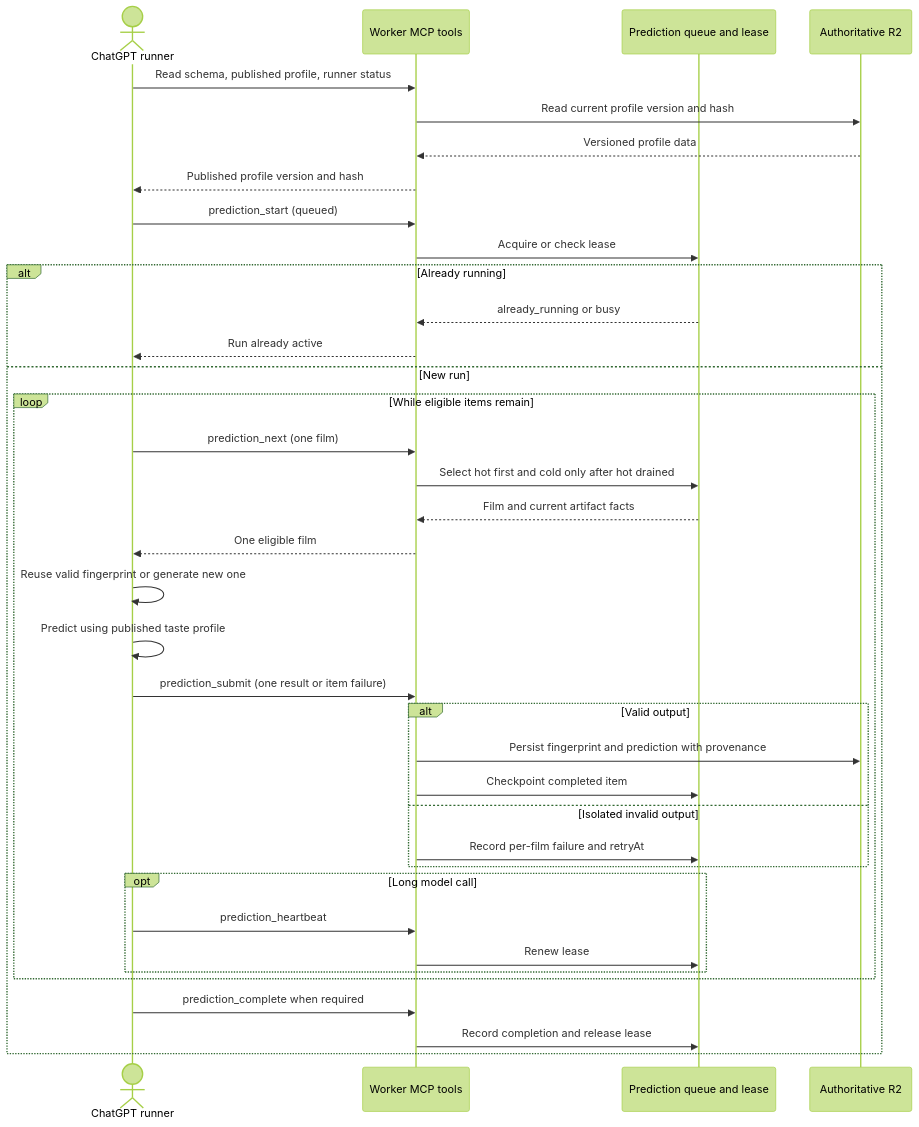
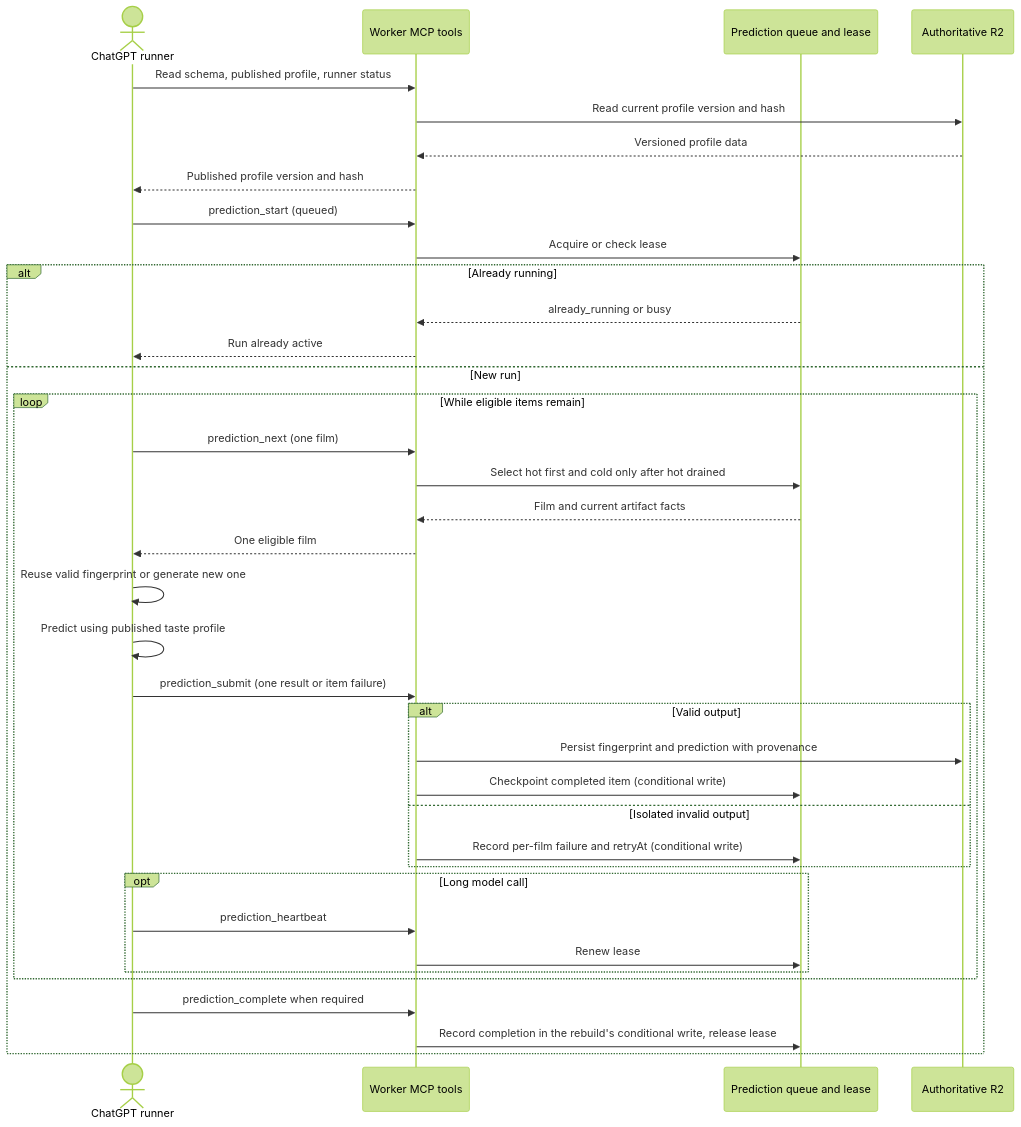
The first of 2 diagrams in docs/architecture/prediction-pipeline.md (vladimino/iptv-watchlist), drawn with Mermaid (forest theme) before and after one commit. The commit also changed other lines of this file and 11 other files, not shown here.

Commit message:
Document conditional prediction queue writes: Proposed ADR 0061, writer diagram, reference, runbook and dated evidence

````diff
--- a/docs/architecture/prediction-pipeline.md
+++ b/docs/architecture/prediction-pipeline.md
@@ -5,39 +5,39 @@
 ```mermaid
 sequenceDiagram
     actor Client as ChatGPT runner
     participant MCP as Worker MCP tools
     participant Queue as Prediction queue and lease
     participant R2 as Authoritative R2
     Client->>MCP: Read schema, published profile, runner status
     MCP->>R2: Read current profile version and hash
     R2-->>MCP: Versioned profile data
     MCP-->>Client: Published profile version and hash
     Client->>MCP: prediction_start (queued)
     MCP->>Queue: Acquire or check lease
     alt Already running
         Queue-->>MCP: already_running or busy
         MCP-->>Client: Run already active
     else New run
         loop While eligible items remain
             Client->>MCP: prediction_next (one film)
             MCP->>Queue: Select hot first and cold only after hot drained
             Queue-->>MCP: Film and current artifact facts
             MCP-->>Client: One eligible film
             Client->>Client: Reuse valid fingerprint or generate new one
             Client->>Client: Predict using published taste profile
             Client->>MCP: prediction_submit (one result or item failure)
             alt Valid output
                 MCP->>R2: Persist fingerprint and prediction with provenance
-                MCP->>Queue: Checkpoint completed item
+                MCP->>Queue: Checkpoint completed item (conditional write)
             else Isolated invalid output
-                MCP->>Queue: Record per-film failure and retryAt
+                MCP->>Queue: Record per-film failure and retryAt (conditional write)
             end
             opt Long model call
                 Client->>MCP: prediction_heartbeat
                 MCP->>Queue: Renew lease
             end
         end
         Client->>MCP: prediction_complete when required
-        MCP->>Queue: Record completion and release lease
+        MCP->>Queue: Record completion in the rebuild's conditional write, release lease
     end
 ```
````
